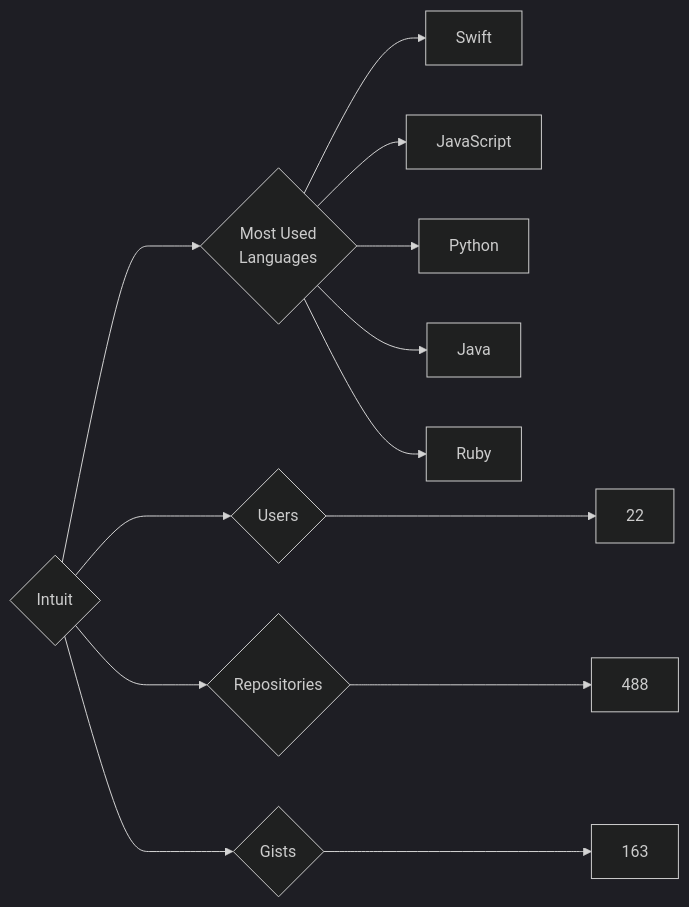
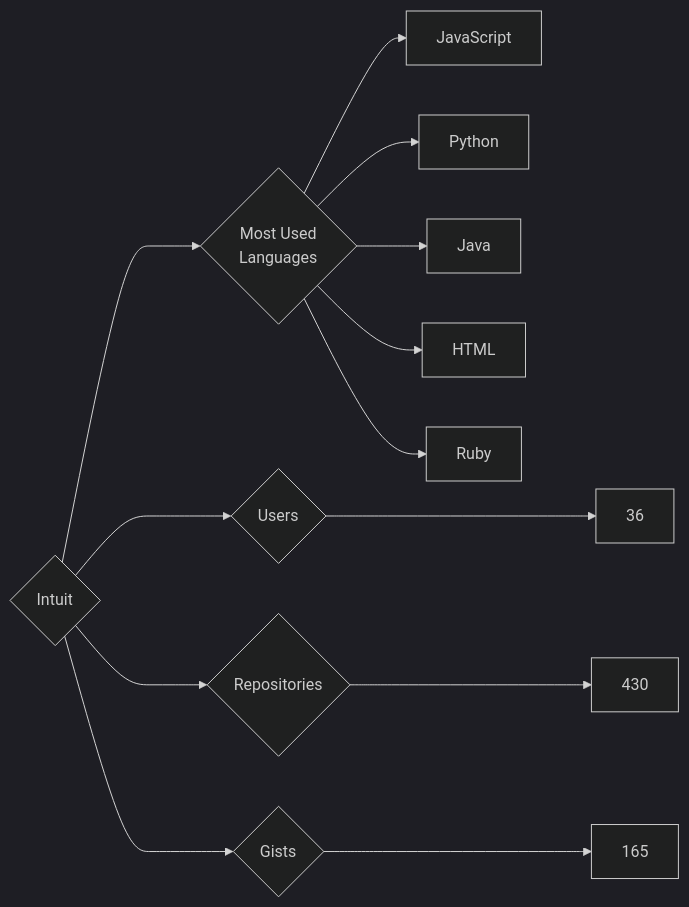
The diagram in targets/Intuit/README.md (trickest/insiders), drawn with Mermaid (dark theme) before and after one commit. The commit also changed 657 other files, not shown here.

````diff
--- a/targets/Intuit/README.md
+++ b/targets/Intuit/README.md
@@ -3,13 +3,13 @@
 ```mermaid
 graph LR
 COMPANY_NAME{Intuit}
-COMPANY_NAME ---> U{Users} ---> UN[22]
-COMPANY_NAME ---> R{Repositories} ---> RN[488]
-COMPANY_NAME ---> G{Gists} ---> GN[163]
+COMPANY_NAME ---> U{Users} ---> UN[36]
+COMPANY_NAME ---> R{Repositories} ---> RN[430]
+COMPANY_NAME ---> G{Gists} ---> GN[165]
 COMPANY_NAME ---> ML{Most Used<br>Languages}
-ML --> Swift[Swift]
 ML --> JavaScript[JavaScript]
 ML --> Python[Python]
 ML --> Java[Java]
+ML --> HTML[HTML]
 ML --> Ruby[Ruby]
 ```
````
